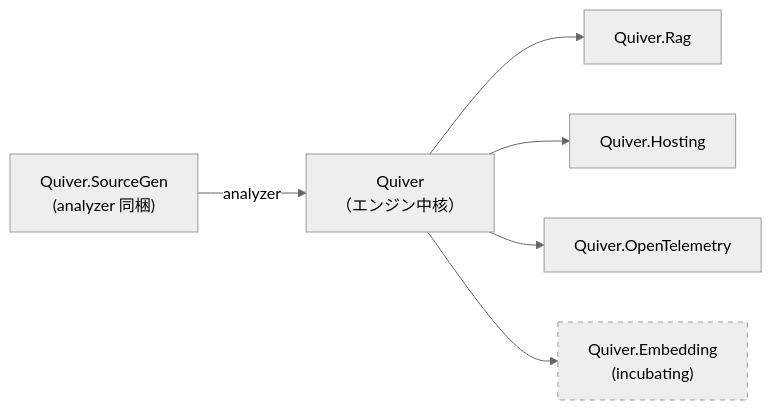
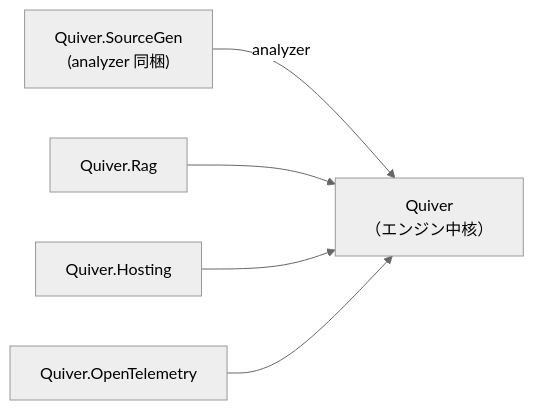
Before and after one commit to delicioustuna/Quiver: the fifth of 5 diagrams in docs/architecture-diagrams.md, drawn with Mermaid (neutral theme). The commit also changed other lines of this file and 195 other files, not shown here.

````diff
--- a/docs/architecture-diagrams.md
+++ b/docs/architecture-diagrams.md
@@ -133,17 +133,12 @@
 ```mermaid
 flowchart LR
     SG["Quiver.SourceGen<br/>(analyzer 同梱)"]
     Core["Quiver<br/>（エンジン中核）"]
     Rag["Quiver.Rag"]
     Host["Quiver.Hosting"]
     OTel["Quiver.OpenTelemetry"]
-    Emb["Quiver.Embedding<br/>(incubating)"]
-
     SG -- analyzer --> Core
-    Core --> Rag
-    Core --> Host
-    Core --> OTel
-    Core --> Emb
-
-    style Emb stroke-dasharray: 5 5
+    Rag --> Core
+    Host --> Core
+    OTel --> Core
 ```
````
